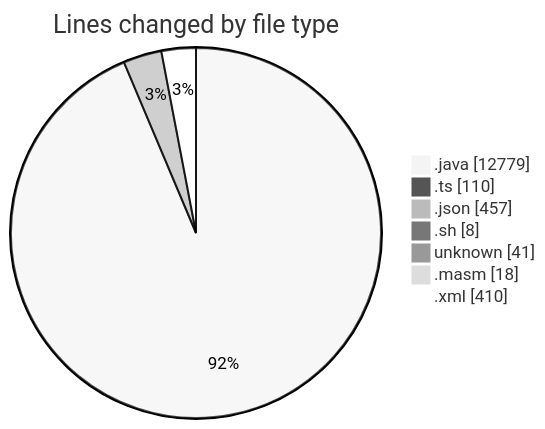
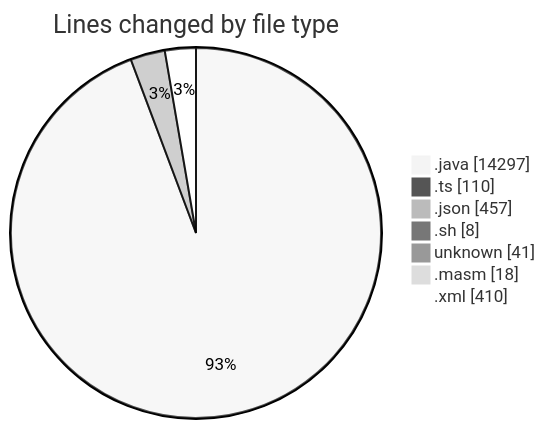
Before and after one commit to charlie-sans/code-tracking: the first of 2 diagrams in 2025-02-20/micros/README.md, drawn with Mermaid (neutral theme). The commit also changed other lines of this file and 1 other file, not shown here.

````diff
--- a/2025-02-20/micros/README.md
+++ b/2025-02-20/micros/README.md
@@ -59,11 +66,11 @@
 ```mermaid
 pie showData
 title Lines changed by file type
-".java" : 12779
+".java" : 14297
 ".ts" : 110
 ".json" : 457
 ".sh" : 8
 "unknown" : 41
 ".masm" : 18
 ".xml" : 410
 ```
````
